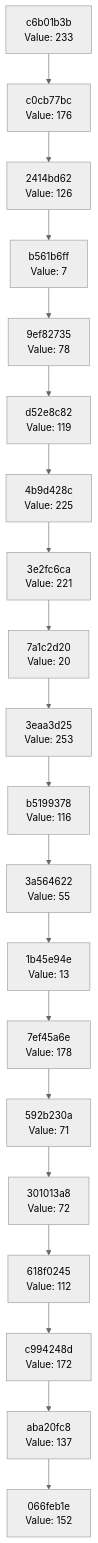
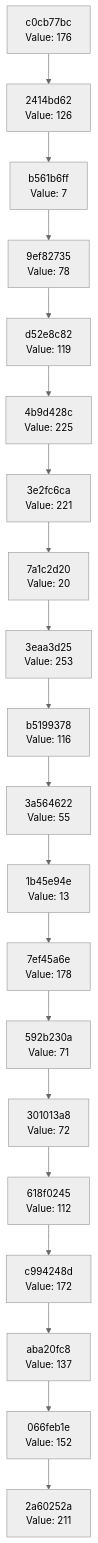
One commit to Abhisheksinha1506/hash-chain-evolver changed the diagram in docs/CHAIN_VISUALIZATION.md. Above: the diagram before and after it, drawn with Mermaid (neutral theme). The commit also changed 2 other files, not shown here.

Commit message:
Evolution step: hash 0xD3 → action executed

````diff
--- a/docs/CHAIN_VISUALIZATION.md
+++ b/docs/CHAIN_VISUALIZATION.md
@@ -3,42 +3,42 @@
 ```mermaid
 graph TD
-    C0["066feb1e<br/>Value: 152"]
-    C1["aba20fc8<br/>Value: 137"]
+    C0["2a60252a<br/>Value: 211"]
+    C1["066feb1e<br/>Value: 152"]
     C1 --> C0
-    C2["c994248d<br/>Value: 172"]
+    C2["aba20fc8<br/>Value: 137"]
     C2 --> C1
-    C3["618f0245<br/>Value: 112"]
+    C3["c994248d<br/>Value: 172"]
     C3 --> C2
-    C4["301013a8<br/>Value: 72"]
+    C4["618f0245<br/>Value: 112"]
     C4 --> C3
-    C5["592b230a<br/>Value: 71"]
+    C5["301013a8<br/>Value: 72"]
     C5 --> C4
-    C6["7ef45a6e<br/>Value: 178"]
+    C6["592b230a<br/>Value: 71"]
     C6 --> C5
-    C7["1b45e94e<br/>Value: 13"]
+    C7["7ef45a6e<br/>Value: 178"]
     C7 --> C6
-    C8["3a564622<br/>Value: 55"]
+    C8["1b45e94e<br/>Value: 13"]
     C8 --> C7
-    C9["b5199378<br/>Value: 116"]
+    C9["3a564622<br/>Value: 55"]
     C9 --> C8
-    C10["3eaa3d25<br/>Value: 253"]
+    C10["b5199378<br/>Value: 116"]
     C10 --> C9
-    C11["7a1c2d20<br/>Value: 20"]
+    C11["3eaa3d25<br/>Value: 253"]
     C11 --> C10
-    C12["3e2fc6ca<br/>Value: 221"]
+    C12["7a1c2d20<br/>Value: 20"]
     C12 --> C11
-    C13["4b9d428c<br/>Value: 225"]
+    C13["3e2fc6ca<br/>Value: 221"]
     C13 --> C12
-    C14["d52e8c82<br/>Value: 119"]
+    C14["4b9d428c<br/>Value: 225"]
     C14 --> C13
-    C15["9ef82735<br/>Value: 78"]
+    C15["d52e8c82<br/>Value: 119"]
     C15 --> C14
-    C16["b561b6ff<br/>Value: 7"]
+    C16["9ef82735<br/>Value: 78"]
     C16 --> C15
-    C17["2414bd62<br/>Value: 126"]
+    C17["b561b6ff<br/>Value: 7"]
     C17 --> C16
-    C18["c0cb77bc<br/>Value: 176"]
+    C18["2414bd62<br/>Value: 126"]
     C18 --> C17
-    C19["c6b01b3b<br/>Value: 233"]
+    C19["c0cb77bc<br/>Value: 176"]
     C19 --> C18
 ```
````
